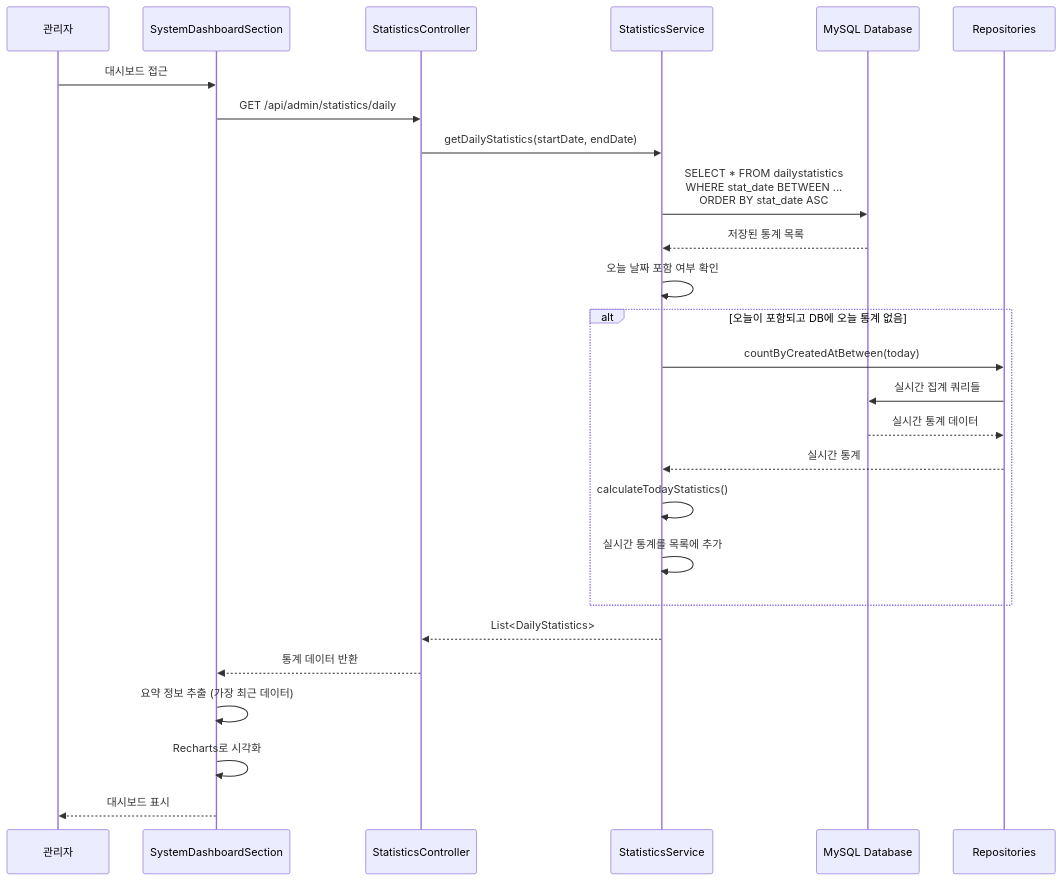
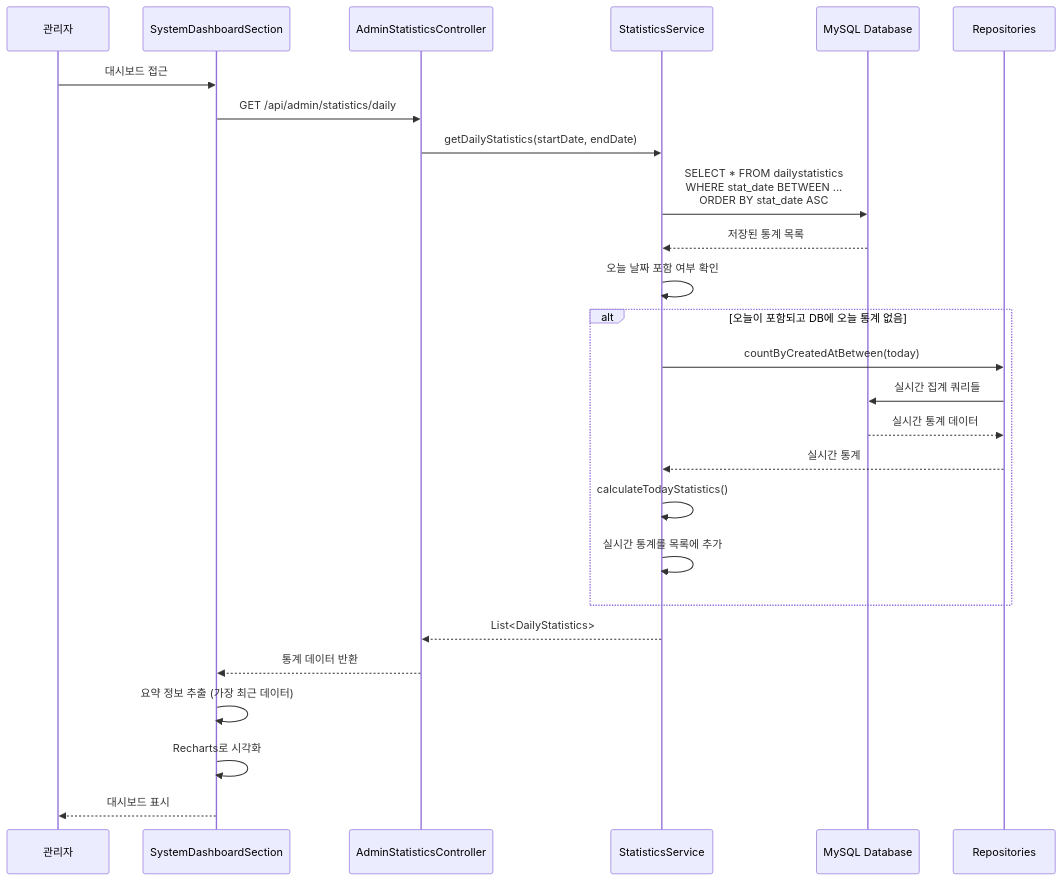
The third of 4 diagrams in docs/architecture/관리자 대시보드 & 통계 시스템 아키텍처.md (makkong1/Petory), drawn with Mermaid before and after one commit. The commit also changed other lines of this file and 12 other files, not shown here.

Commit message:
docs(architecture): 도메인 아키텍처 문서를 최신 코드·API와 동기화

````diff
--- a/docs/architecture/관리자 대시보드 & 통계 시스템 아키텍처.md
+++ b/docs/architecture/관리자 대시보드 & 통계 시스템 아키텍처.md
@@ -574,34 +565,34 @@
 ```mermaid
 sequenceDiagram
     participant Admin as 관리자
     participant Frontend as SystemDashboardSection
-    participant API as StatisticsController
+    participant API as AdminStatisticsController
     participant Service as StatisticsService
     participant MySQL as MySQL Database
     participant Repos as Repositories
     
     Admin->>Frontend: 대시보드 접근
     Frontend->>API: GET /api/admin/statistics/daily
     API->>Service: getDailyStatistics(startDate, endDate)
     
     Service->>MySQL: SELECT * FROM dailystatistics<br/>WHERE stat_date BETWEEN ...<br/>ORDER BY stat_date ASC
     MySQL-->>Service: 저장된 통계 목록
     
     Service->>Service: 오늘 날짜 포함 여부 확인
     
     alt 오늘이 포함되고 DB에 오늘 통계 없음
         Service->>Repos: countByCreatedAtBetween(today)
         Repos->>MySQL: 실시간 집계 쿼리들
         MySQL-->>Repos: 실시간 통계 데이터
         Repos-->>Service: 실시간 통계
         Service->>Service: calculateTodayStatistics()
         Service->>Service: 실시간 통계를 목록에 추가
     end
     
     Service-->>API: List<DailyStatistics>
     API-->>Frontend: 통계 데이터 반환
     
     Frontend->>Frontend: 요약 정보 추출 (가장 최근 데이터)
     Frontend->>Frontend: Recharts로 시각화
     Frontend-->>Admin: 대시보드 표시
 ```
````
